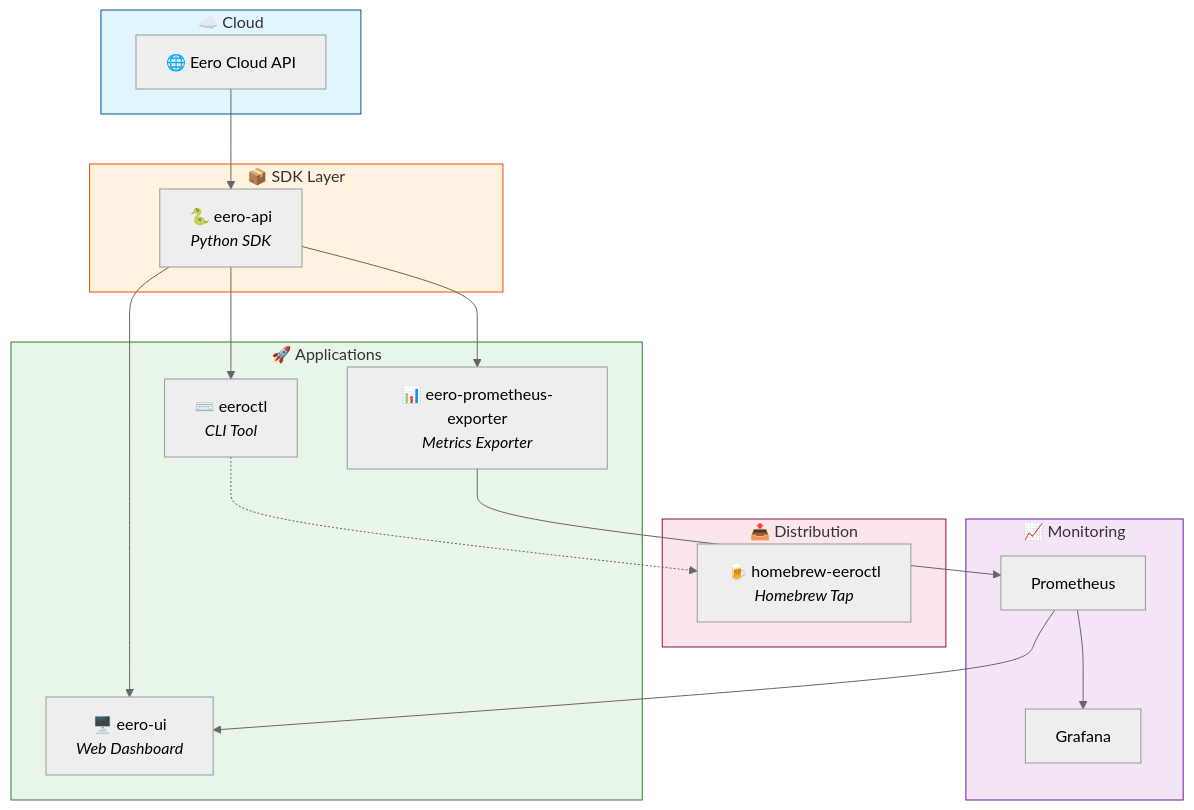
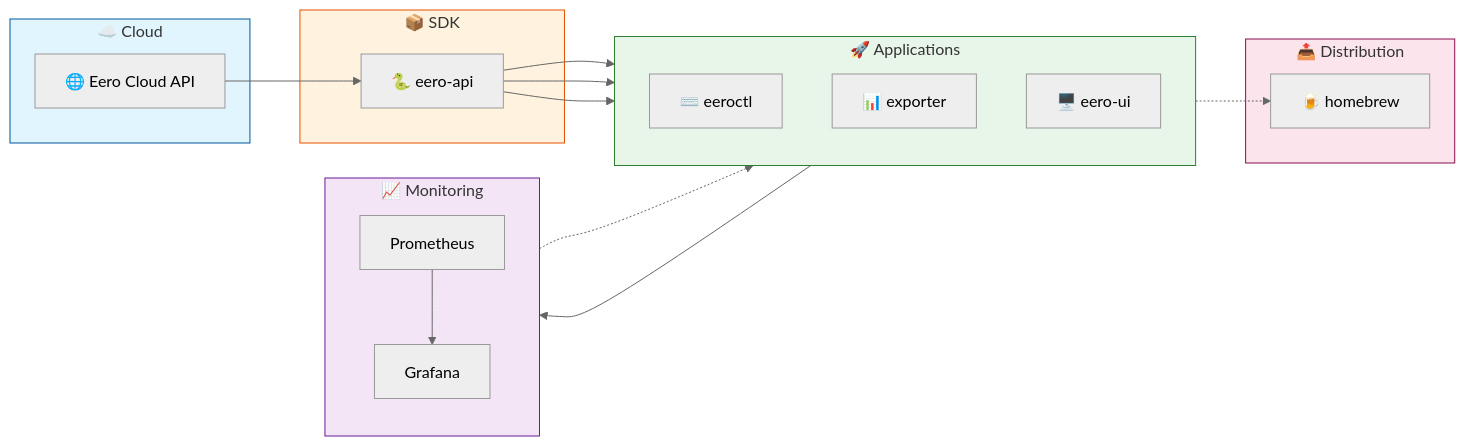
Before and after one commit to fulviofreitas/eero-ecosystem: the diagram in README.md, drawn with Mermaid (neutral theme).

Commit message:
Redesign architecture diagram with cleaner layout

````diff
--- a/README.md
+++ b/README.md
@@ -16,40 +16,42 @@
 ```mermaid
-flowchart TB
+flowchart LR
     subgraph Cloud["☁️ Cloud"]
         API["🌐 Eero Cloud API"]
     end
 
-    subgraph SDK["📦 SDK Layer"]
-        EERO_API["🐍 eero-api<br/><i>Python SDK</i>"]
+    subgraph SDK["📦 SDK"]
+        EERO_API["🐍 eero-api"]
     end
 
-    subgraph Applications["🚀 Applications"]
-        CLI["⌨️ eeroctl<br/><i>CLI Tool</i>"]
-        UI["🖥️ eero-ui<br/><i>Web Dashboard</i>"]
-        EXPORTER["📊 eero-prometheus-exporter<br/><i>Metrics Exporter</i>"]
+    subgraph Apps["🚀 Applications"]
+        direction TB
+        CLI["⌨️ eeroctl"]
+        EXPORTER["📊 exporter"]
+        UI["🖥️ eero-ui"]
     end
 
-    subgraph Distribution["📤 Distribution"]
-        HOMEBREW["🍺 homebrew-eeroctl<br/><i>Homebrew Tap</i>"]
+    subgraph Dist["📤 Distribution"]
+        HOMEBREW["🍺 homebrew"]
     end
 
-    subgraph Monitoring["📈 Monitoring"]
+    subgraph Mon["📈 Monitoring"]
+        direction TB
         PROMETHEUS["Prometheus"]
         GRAFANA["Grafana"]
     end
 
     API --> EERO_API
     EERO_API --> CLI
+    EERO_API --> EXPORTER
     EERO_API --> UI
-    EERO_API --> EXPORTER
     CLI -.-> HOMEBREW
     EXPORTER --> PROMETHEUS
     PROMETHEUS --> GRAFANA
-    PROMETHEUS --> UI
+    PROMETHEUS -.-> UI
 
     style Cloud fill:#e1f5fe,stroke:#01579b
     style SDK fill:#fff3e0,stroke:#e65100
-    style Applications fill:#e8f5e9,stroke:#2e7d32
-    style Distribution fill:#fce4ec,stroke:#880e4f
-    style Monitoring fill:#f3e5f5,stroke:#6a1b9a
+    style Apps fill:#e8f5e9,stroke:#2e7d32
+    style Dist fill:#fce4ec,stroke:#880e4f
+    style Mon fill:#f3e5f5,stroke:#6a1b9a
 ```
````
